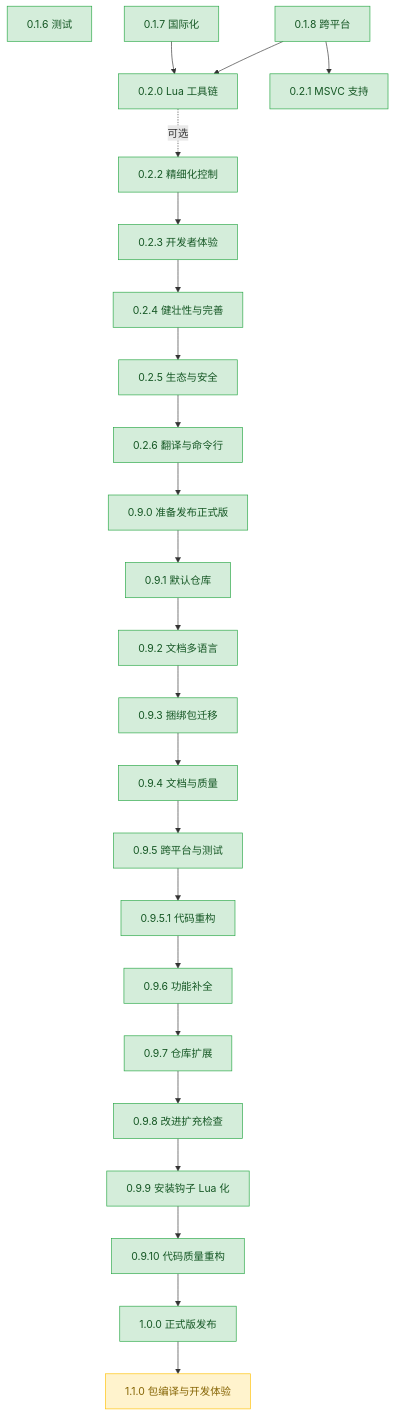
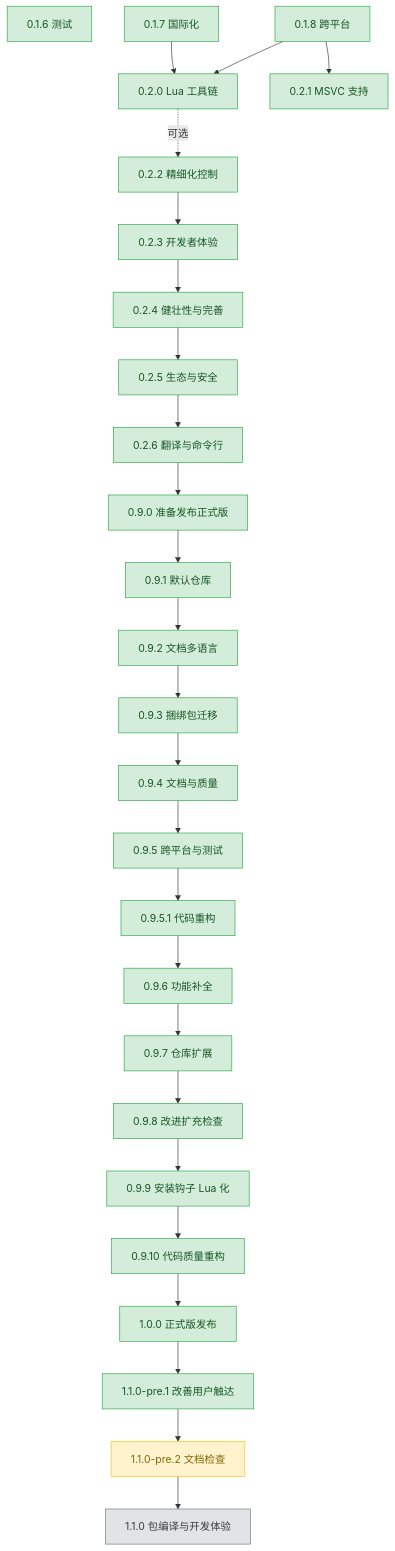
Before and after one commit to 3667808244/EazyMake: the diagram in plans/README.md, drawn with Mermaid. The commit also changed other lines of this file and 8 other files, not shown here.

First line of the commit message:
feat(1.1.0-pre.1): 改善用户触达 — 补全 zsh 补全 + CI + 包管理器分发

````diff
--- a/plans/README.md
+++ b/plans/README.md
@@ -86,57 +88,62 @@
 ```mermaid
 graph TD
     v016["0.1.6 测试"]
     v017["0.1.7 国际化"]
     v018["0.1.8 跨平台"]
     v020["0.2.0 Lua 工具链"]
     v021["0.2.1 MSVC 支持"]
     v022["0.2.2 精细化控制"]
     v023["0.2.3 开发者体验"]
     v024["0.2.4 健壮性与完善"]
     v025["0.2.5 生态与安全"]
     v026["0.2.6 翻译与命令行"]
     v090["0.9.0 准备发布正式版"]
     v091["0.9.1 默认仓库"]
     v092["0.9.2 文档多语言"]
     v093["0.9.3 捆绑包迁移"]
     v094["0.9.4 文档与质量"]
     v095["0.9.5 跨平台与测试"]
     v0951["0.9.5.1 代码重构"]
     v096["0.9.6 功能补全"]
     v097["0.9.7 仓库扩展"]
     v098["0.9.8 改进扩充检查"]
     v099["0.9.9 安装钩子 Lua 化"]
     v0910["0.9.10 代码质量重构"]
     v100["1.0.0 正式版发布"]
+    v110pre1["1.1.0-pre.1 改善用户触达"]
+    v110pre2["1.1.0-pre.2 文档检查"]
     v110["1.1.0 包编译与开发体验"]
 
     v018 --> v021
     v017 --> v020
     v018 --> v020
     v020 -.可选.-> v022
     v022 --> v023
     v023 --> v024
     v024 --> v025
     v025 --> v026
     v026 --> v090
     v090 --> v091
     v091 --> v092
     v092 --> v093
     v093 --> v094
     v094 --> v095
     v095 --> v0951
     v0951 --> v096
     v096 --> v097
     v097 --> v098
     v098 --> v099
     v099 --> v0910
     v0910 --> v100
-    v100 --> v110
+    v100 --> v110pre1
+    v110pre1 --> v110pre2
+    v110pre2 --> v110
 
     classDef done fill:#d4edda,stroke:#28a745,color:#155724;
     classDef active fill:#fff3cd,stroke:#ffc107,color:#856404;
     classDef todo fill:#e2e3e5,stroke:#6c757d,color:#383d41;
 
-    class v016,v017,v018,v020,v021,v022,v023,v024,v025,v026,v090,v091,v092,v093,v094,v095,v0951,v096,v097,v098,v099,v0910,v100 done;
-    class v110 active;
+    class v016,v017,v018,v020,v021,v022,v023,v024,v025,v026,v090,v091,v092,v093,v094,v095,v0951,v096,v097,v098,v099,v0910,v100,v110pre1 done;
+    class v110pre2 active;
+    class v110 todo;
 ```
````
